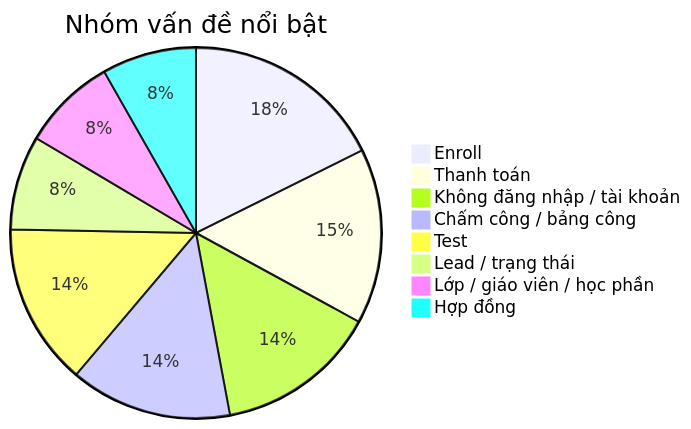
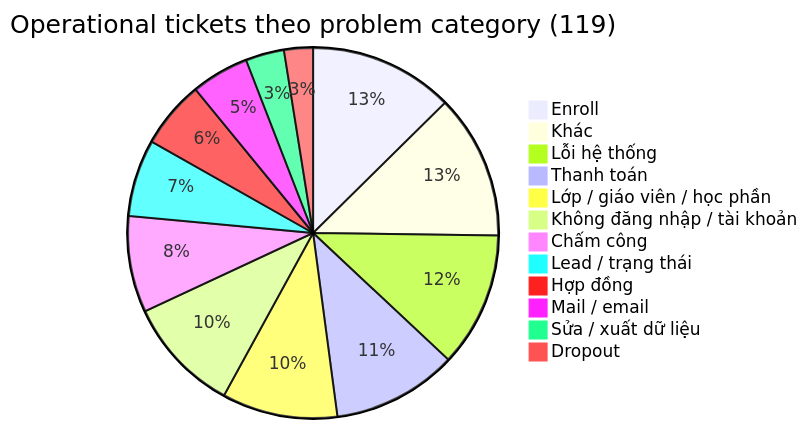
Before and after one commit to Anhmy27/Tickets-manager-CLI-Mindx-homework-: the second of 3 diagrams in week-5/odoo-automation/week-5/sample-report-ticket-analysis.md, drawn with Mermaid. The commit also changed other lines of this file, not shown here.

````diff
--- a/week-5/odoo-automation/week-5/sample-report-ticket-analysis.md
+++ b/week-5/odoo-automation/week-5/sample-report-ticket-analysis.md
@@ -77,11 +142,15 @@
 ```mermaid
-pie title Nhóm vấn đề nổi bật
+pie title Operational tickets theo problem category (119)
   "Enroll" : 15
+  "Khác" : 15
+  "Lỗi hệ thống" : 14
   "Thanh toán" : 13
+  "Lớp / giáo viên / học phần" : 12
   "Không đăng nhập / tài khoản" : 12
-  "Chấm công / bảng công" : 12
-  "Test" : 12
-  "Lead / trạng thái" : 7
-  "Lớp / giáo viên / học phần" : 7
+  "Chấm công" : 10
+  "Lead / trạng thái" : 8
   "Hợp đồng" : 7
+  "Mail / email" : 6
+  "Sửa / xuất dữ liệu" : 4
+  "Dropout" : 3
 ```
````
